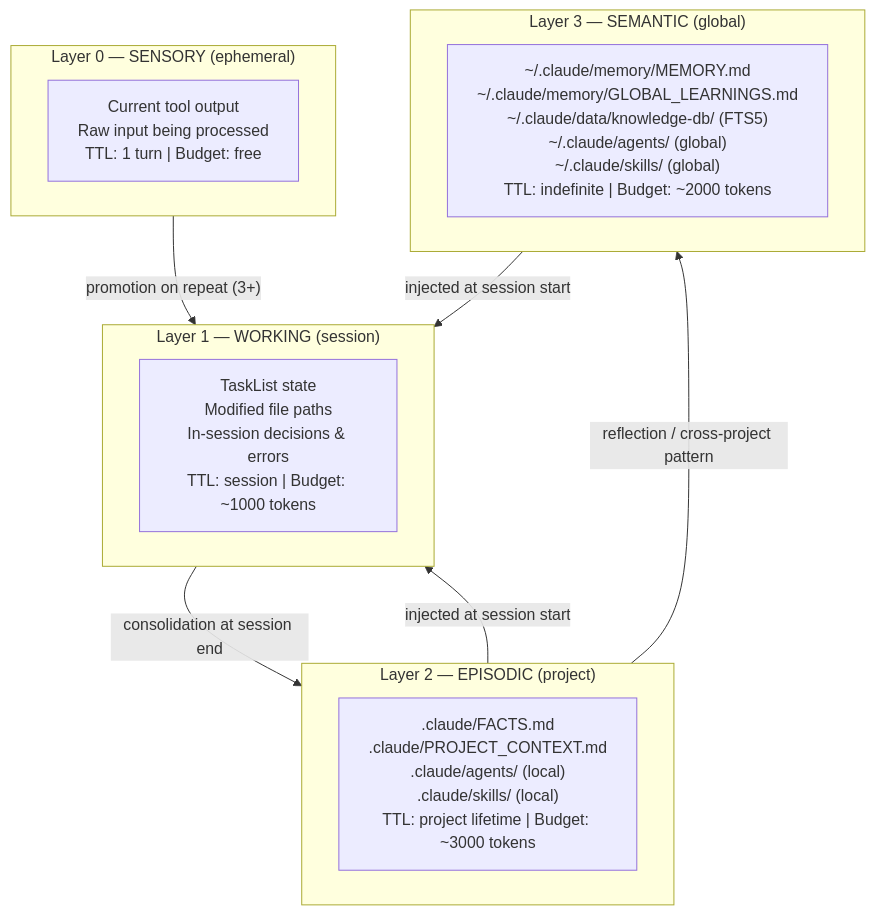
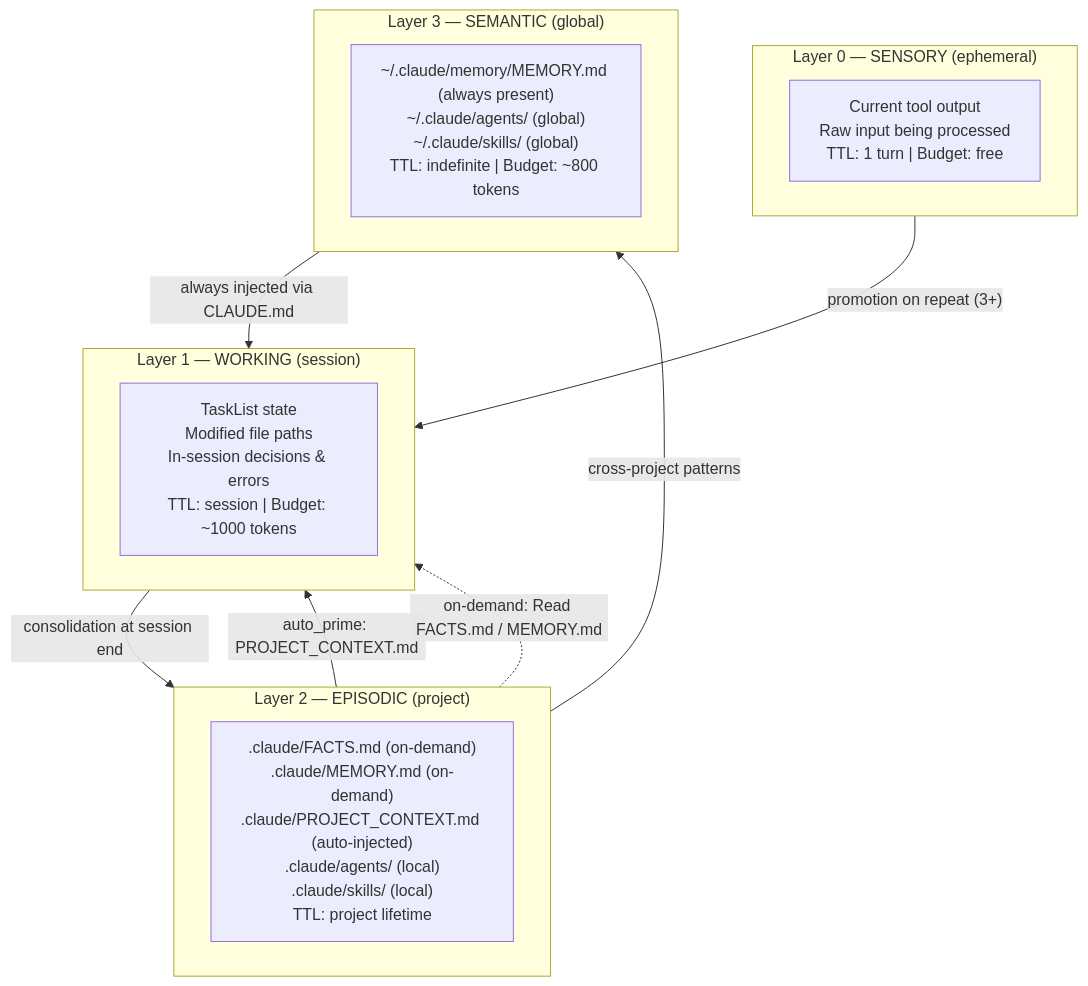
Before and after one commit to abujiletsgo/claude-agentic-framework: the first of 8 diagrams in docs/MEMORY_ARCHITECTURE.md, drawn with Mermaid. The commit also changed other lines of this file and 3 other files, not shown here.

First line of the commit message:
docs: update memory system diagrams to reflect on-demand episodic memory

````diff
--- a/docs/MEMORY_ARCHITECTURE.md
+++ b/docs/MEMORY_ARCHITECTURE.md
@@ -9,24 +11,25 @@
 ```mermaid
 graph TB
     subgraph L0["Layer 0 — SENSORY (ephemeral)"]
         S0["Current tool output<br/>Raw input being processed<br/>TTL: 1 turn | Budget: free"]
     end
 
     subgraph L1["Layer 1 — WORKING (session)"]
         S1["TaskList state<br/>Modified file paths<br/>In-session decisions & errors<br/>TTL: session | Budget: ~1000 tokens"]
     end
 
     subgraph L2["Layer 2 — EPISODIC (project)"]
-        S2[".claude/FACTS.md<br/>.claude/PROJECT_CONTEXT.md<br/>.claude/agents/ (local)<br/>.claude/skills/ (local)<br/>TTL: project lifetime | Budget: ~3000 tokens"]
+        S2[".claude/FACTS.md (on-demand)<br/>.claude/MEMORY.md (on-demand)<br/>.claude/PROJECT_CONTEXT.md (auto-injected)<br/>.claude/agents/ (local)<br/>.claude/skills/ (local)<br/>TTL: project lifetime"]
     end
 
     subgraph L3["Layer 3 — SEMANTIC (global)"]
-        S3["~/.claude/memory/MEMORY.md<br/>~/.claude/memory/GLOBAL_LEARNINGS.md<br/>~/.claude/data/knowledge-db/ (FTS5)<br/>~/.claude/agents/ (global)<br/>~/.claude/skills/ (global)<br/>TTL: indefinite | Budget: ~2000 tokens"]
+        S3["~/.claude/memory/MEMORY.md (always present)<br/>~/.claude/agents/ (global)<br/>~/.claude/skills/ (global)<br/>TTL: indefinite | Budget: ~800 tokens"]
     end
 
     L0 -->|"promotion on repeat (3+)"| L1
     L1 -->|"consolidation at session end"| L2
-    L2 -->|"reflection / cross-project pattern"| L3
-    L3 -->|"injected at session start"| L1
-    L2 -->|"injected at session start"| L1
+    L2 -->|"cross-project patterns"| L3
+    L3 -->|"always injected via CLAUDE.md"| L1
+    L2 -->|"auto_prime: PROJECT_CONTEXT.md"| L1
+    L2 -.->|"on-demand: Read FACTS.md / MEMORY.md"| L1
 ```
````
